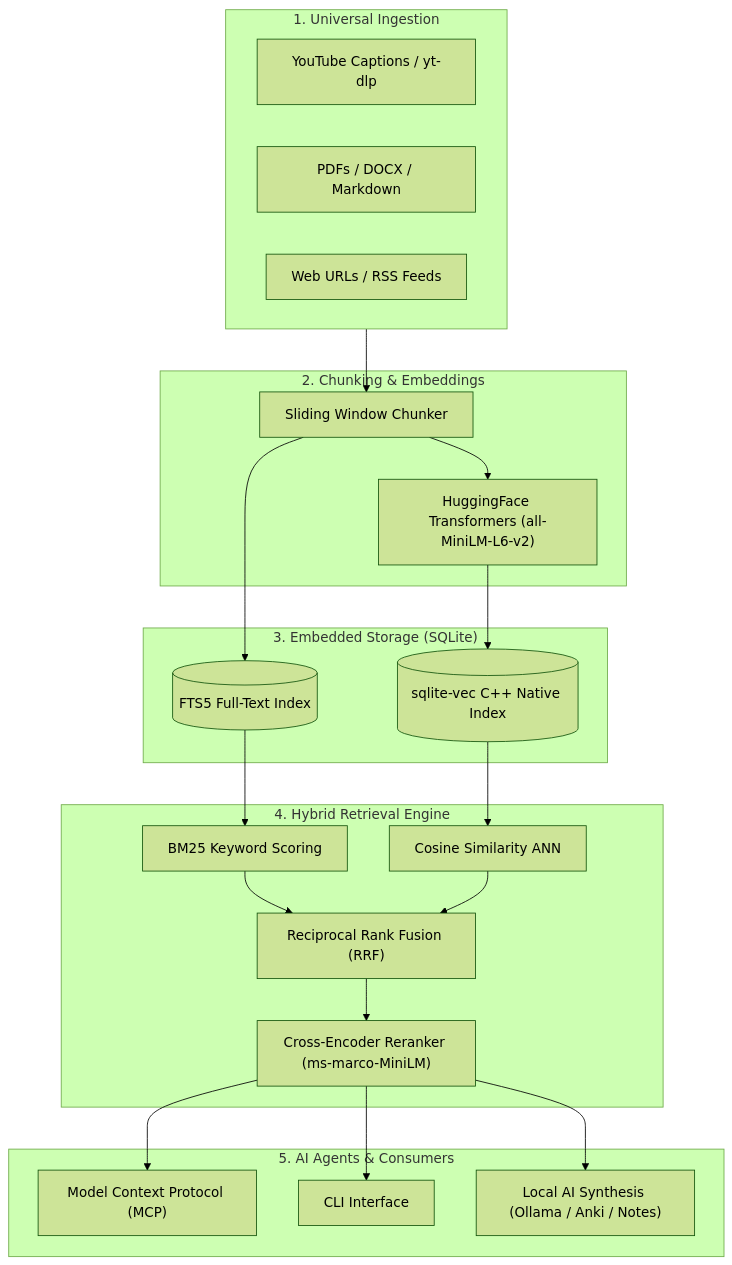
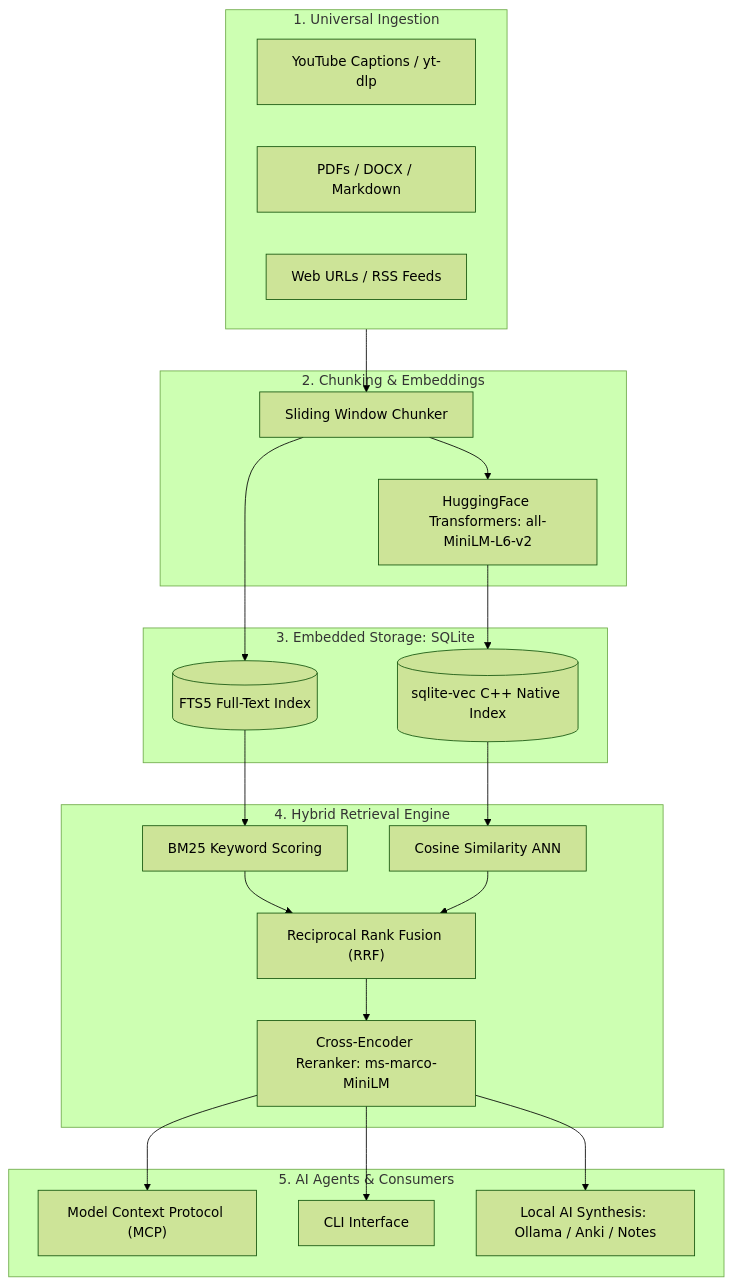
One commit to Alfo-Tech-Lab/vidilearn changed the diagram in README.md. Above: the diagram before and after it, drawn with Mermaid (forest theme). The commit also changed other lines of this file, not shown here.

````diff
--- a/README.md
+++ b/README.md
@@ -37,41 +48,41 @@
 ```mermaid
 flowchart TD
     subgraph Ingestion ["1. Universal Ingestion"]
         YT["YouTube Captions / yt-dlp"]
         DOC["PDFs / DOCX / Markdown"]
         WEB["Web URLs / RSS Feeds"]
     end
 
     subgraph Processing ["2. Chunking & Embeddings"]
         CH["Sliding Window Chunker"]
-        EMB["HuggingFace Transformers (all-MiniLM-L6-v2)"]
+        EMB["HuggingFace Transformers: all-MiniLM-L6-v2"]
     end
 
-    subgraph Storage ["3. Embedded Storage (SQLite)"]
+    subgraph Storage ["3. Embedded Storage: SQLite"]
         FTS[("FTS5 Full-Text Index")]
         VEC[("sqlite-vec C++ Native Index")]
     end
 
     subgraph Retrieval ["4. Hybrid Retrieval Engine"]
         BM25["BM25 Keyword Scoring"]
         ANN["Cosine Similarity ANN"]
         RRF["Reciprocal Rank Fusion (RRF)"]
-        RERANK["Cross-Encoder Reranker (ms-marco-MiniLM)"]
+        RERANK["Cross-Encoder Reranker: ms-marco-MiniLM"]
     end
 
     subgraph Consumers ["5. AI Agents & Consumers"]
         MCP["Model Context Protocol (MCP)"]
         CLI["CLI Interface"]
-        SYN["Local AI Synthesis (Ollama / Anki / Notes)"]
+        SYN["Local AI Synthesis: Ollama / Anki / Notes"]
     end
 
     Ingestion --> CH --> EMB
     EMB --> VEC
     CH --> FTS
     FTS --> BM25 --> RRF
     VEC --> ANN --> RRF
     RRF --> RERANK
     RERANK --> MCP
     RERANK --> CLI
     RERANK --> SYN
 ```
````
